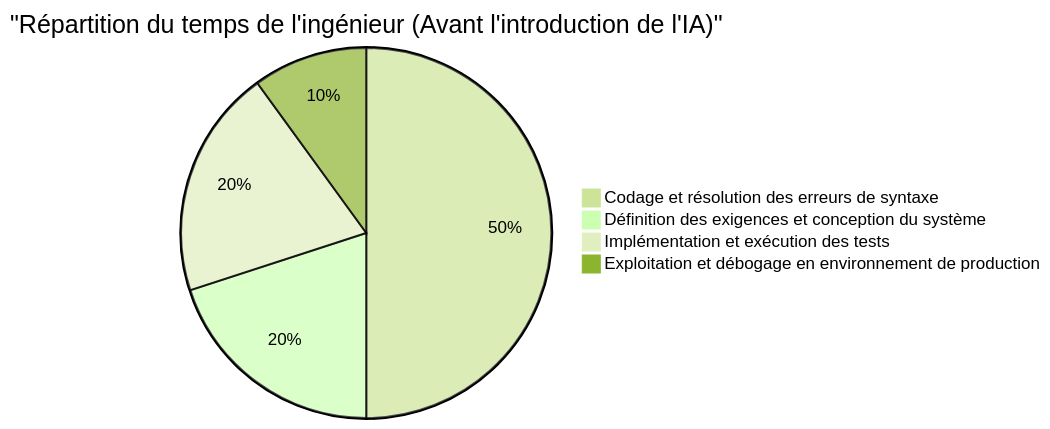
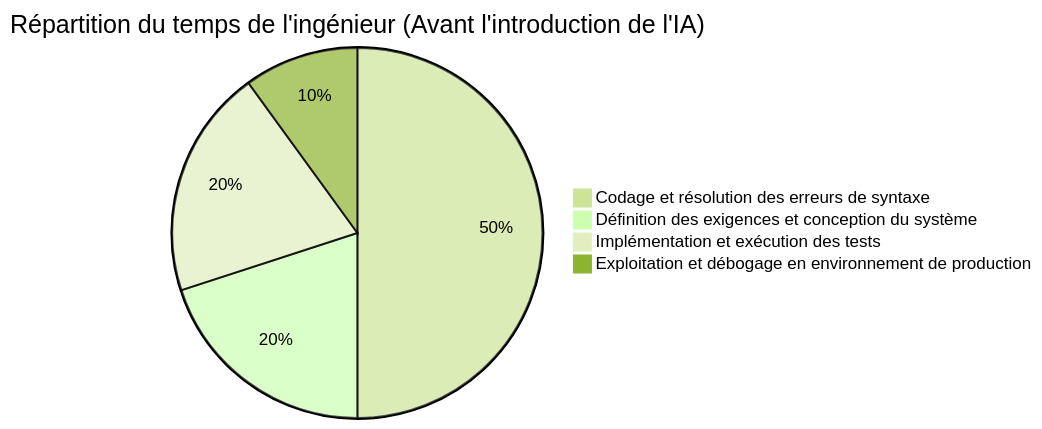
One commit to kenjinote/blog changed the third of 4 diagrams in content/post/human_engineer_skills/index.fr.md. Above: the diagram before and after it, drawn with Mermaid (forest theme). The commit also changed other lines of this file and 703 other files, not shown here.

Commit message:
Fix: Remove quotes from Mermaid link texts and timeline definitions to support Mermaid 11.4.1

````diff
--- a/content/post/human_engineer_skills/index.fr.md
+++ b/content/post/human_engineer_skills/index.fr.md
@@ -182,7 +182,7 @@
 ```mermaid
-pie title "Répartition du temps de l'ingénieur (Avant l'introduction de l'IA)"
+pie title Répartition du temps de l'ingénieur (Avant l'introduction de l'IA)
   "Codage et résolution des erreurs de syntaxe": 50
   "Définition des exigences et conception du système": 20
   "Implémentation et exécution des tests": 20
   "Exploitation et débogage en environnement de production": 10
 ```
````
